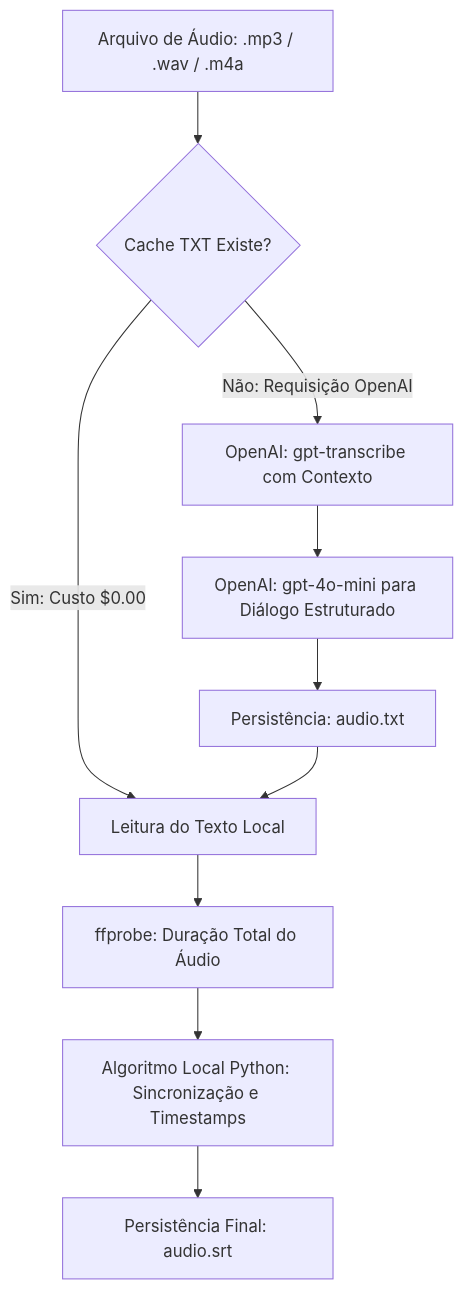
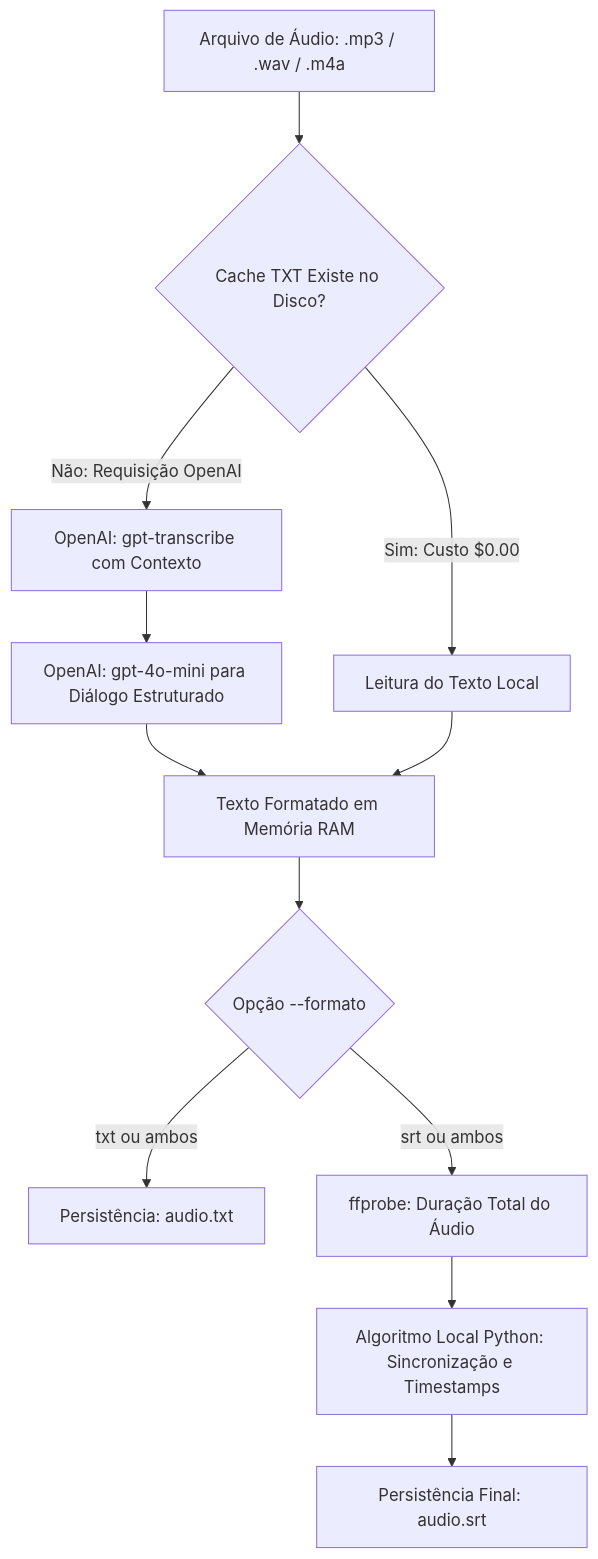
The diagram in README.md (marcelnishihara/agy-transcrever-audio), drawn with Mermaid before and after one commit. The commit also changed other lines of this file and 1 other file, not shown here.

Commit message:
docs: atualiza README com arquitetura da v0.0.4 e adiciona LICENSE
    - Corrige arvore de diretorios removendo pasta legada .gemini/
    - Atualiza diagrama Mermaid com fluxo em memoria para formato srt
    - Adiciona arquivo oficial de licenca MIT

````diff
--- a/README.md
+++ b/README.md
@@ -48,12 +48,15 @@
 ```mermaid
 flowchart TD
-    A[Arquivo de Áudio: .mp3 / .wav / .m4a] --> B{Cache TXT Existe?}
+    A[Arquivo de Áudio: .mp3 / .wav / .m4a] --> B{Cache TXT Existe no Disco?}
     B -->|Sim: Custo $0.00| C[Leitura do Texto Local]
     B -->|Não: Requisição OpenAI| D[OpenAI: gpt-transcribe com Contexto]
     D --> E[OpenAI: gpt-4o-mini para Diálogo Estruturado]
-    E --> F[Persistência: audio.txt]
-    F --> C
-    C --> G[ffprobe: Duração Total do Áudio]
-    G --> H[Algoritmo Local Python: Sincronização e Timestamps]
-    H --> I[Persistência Final: audio.srt]
+    E --> F[Texto Formatado em Memória RAM]
+    C --> F
+
+    F --> G{Opção --formato}
+    G -->|txt ou ambos| H[Persistência: audio.txt]
+    G -->|srt ou ambos| I[ffprobe: Duração Total do Áudio]
+    I --> J[Algoritmo Local Python: Sincronização e Timestamps]
+    J --> K[Persistência Final: audio.srt]
 ```
````
